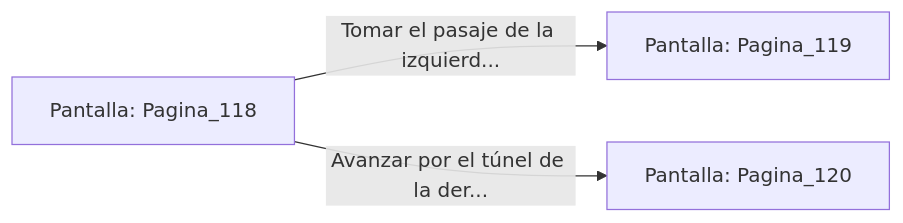
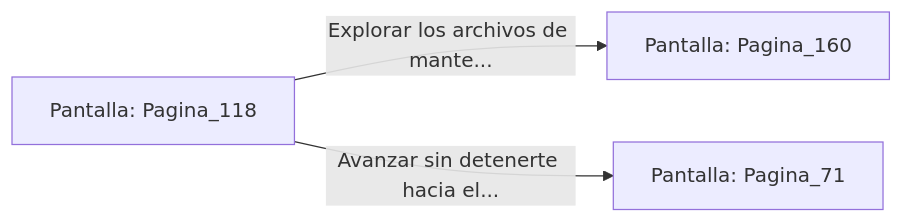
The diagram in sample/eligejuego-vault/Pantalla_Pagina_118.md (metsuke/mpl), drawn with Mermaid before and after one commit. The commit also changed other lines of this file and 635 other files, not shown here.

First line of the commit message:
fix: añadir Pagina_1 como pantalla inicial en capitulo_01.mpl

````diff
--- a/sample/eligejuego-vault/Pantalla_Pagina_118.md
+++ b/sample/eligejuego-vault/Pantalla_Pagina_118.md
@@ -20,6 +22,6 @@
 ```mermaid
 graph LR
     P_Pagina_118["Pantalla: Pagina_118"]
-    P_Pagina_118 -->|"Tomar el pasaje de la izquierd..."| P_Pagina_119["Pantalla: Pagina_119"]
-    P_Pagina_118 -->|"Avanzar por el túnel de la der..."| P_Pagina_120["Pantalla: Pagina_120"]
+    P_Pagina_118 -->|"Explorar los archivos de mante..."| P_Pagina_160["Pantalla: Pagina_160"]
+    P_Pagina_118 -->|"Avanzar sin detenerte hacia el..."| P_Pagina_71["Pantalla: Pagina_71"]
 ```
````
